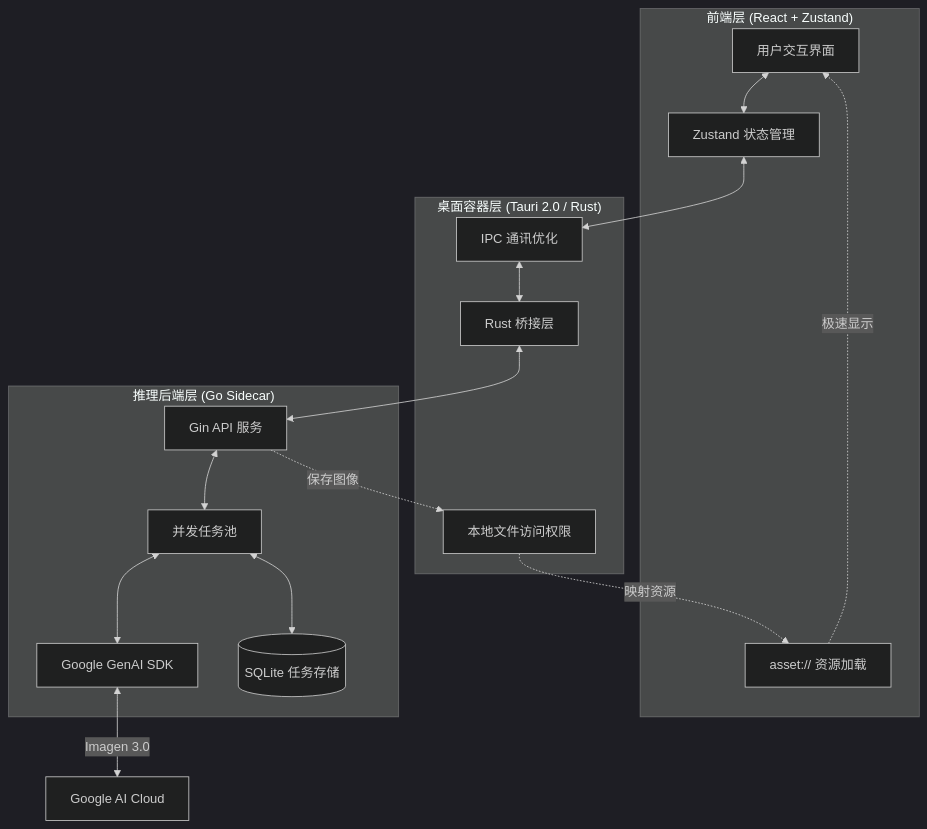
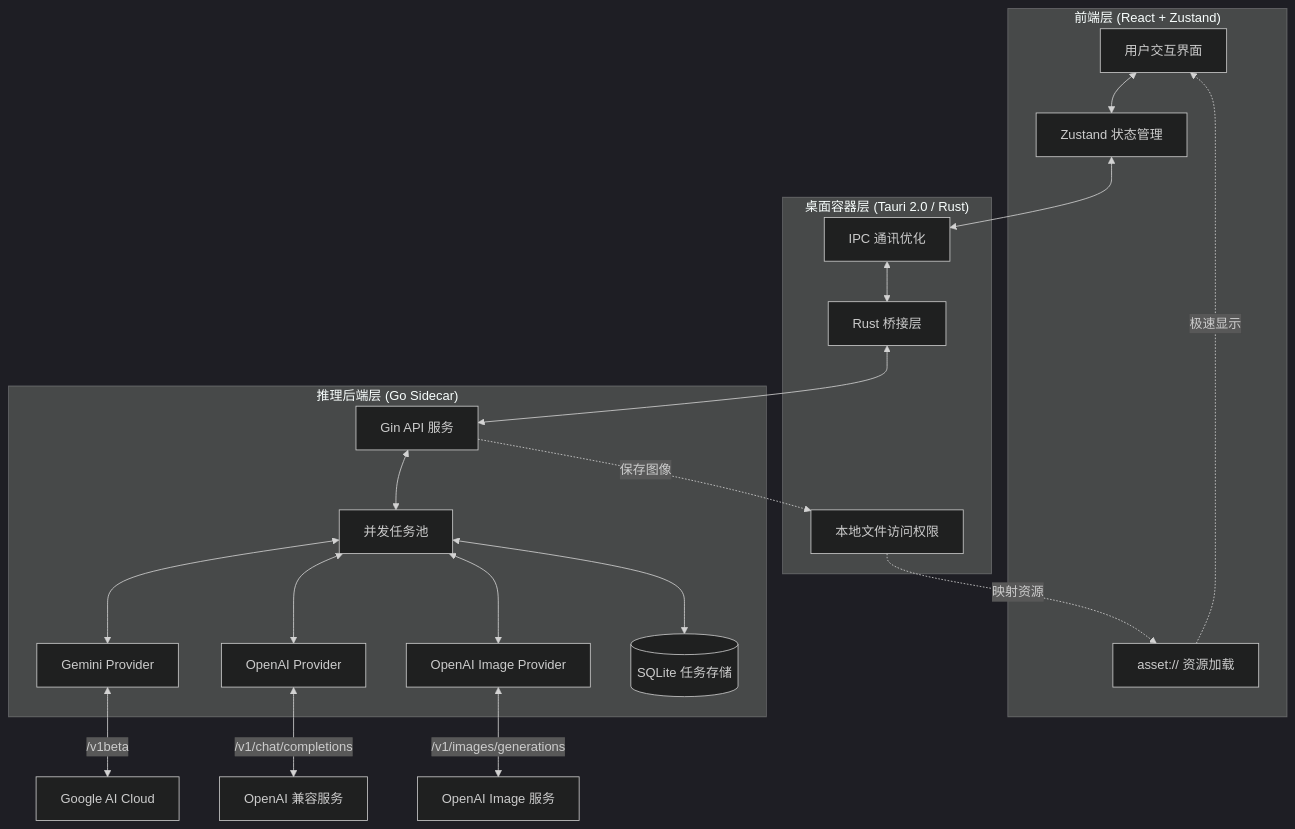
One commit to ShellMonster/Nano_Banana_Pro_Web changed the diagram in README.md. Above: the diagram before and after it, drawn with Mermaid (dark theme). The commit also changed other lines of this file and 14 other files, not shown here.

````diff
--- a/README.md
+++ b/README.md
@@ -189,33 +191,39 @@
 ```mermaid
 graph TD
     subgraph "前端层 (React + Zustand)"
         UI[用户交互界面]
         State[Zustand 状态管理]
         AssetProtocol[asset:// 资源加载]
     end
 
     subgraph "桌面容器层 (Tauri 2.0 / Rust)"
         TauriBridge[Rust 桥接层]
         IPC[IPC 通讯优化]
         FS[本地文件访问权限]
     end
 
     subgraph "推理后端层 (Go Sidecar)"
         GoServer[Gin API 服务]
         WorkerPool[并发任务池]
-        GeminiSDK[Google GenAI SDK]
+        GeminiProvider[Gemini Provider]
+        OpenAIProvider[OpenAI Provider]
+        OpenAIImageProvider[OpenAI Image Provider]
         SQLite[(SQLite 任务存储)]
     end
 
     UI <--> State
     State <--> IPC
     IPC <--> TauriBridge
     TauriBridge <--> GoServer
     GoServer <--> WorkerPool
-    WorkerPool <--> GeminiSDK
+    WorkerPool <--> GeminiProvider
+    WorkerPool <--> OpenAIProvider
+    WorkerPool <--> OpenAIImageProvider
     WorkerPool <--> SQLite
-    GeminiSDK <--> |Imagen 3.0| Cloud[Google AI Cloud]
+    GeminiProvider <--> |/v1beta| GeminiCloud[Google AI Cloud]
+    OpenAIProvider <--> |/v1/chat/completions| OAICloud[OpenAI 兼容服务]
+    OpenAIImageProvider <--> |/v1/images/generations| OAIImageCloud[OpenAI Image 服务]
     GoServer -.-> |保存图像| FS
     FS -.-> |映射资源| AssetProtocol
     AssetProtocol -.-> |极速显示| UI
 ```
````
